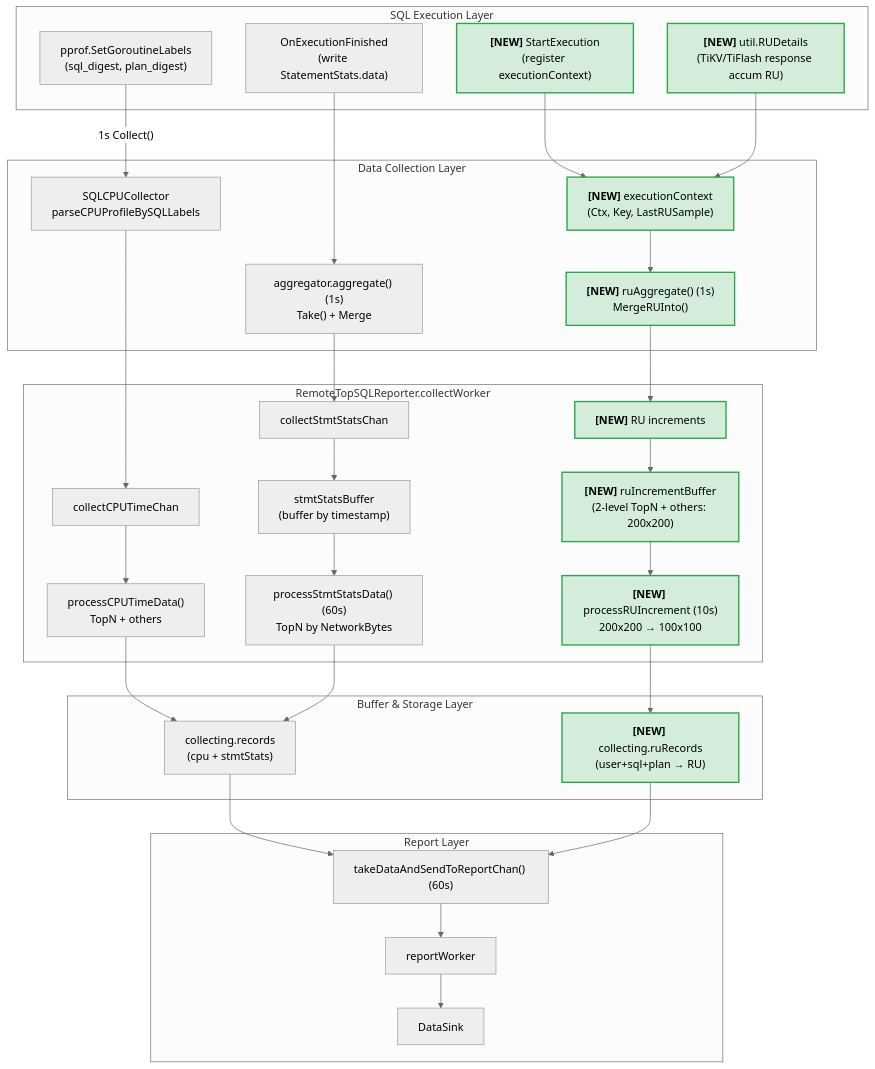
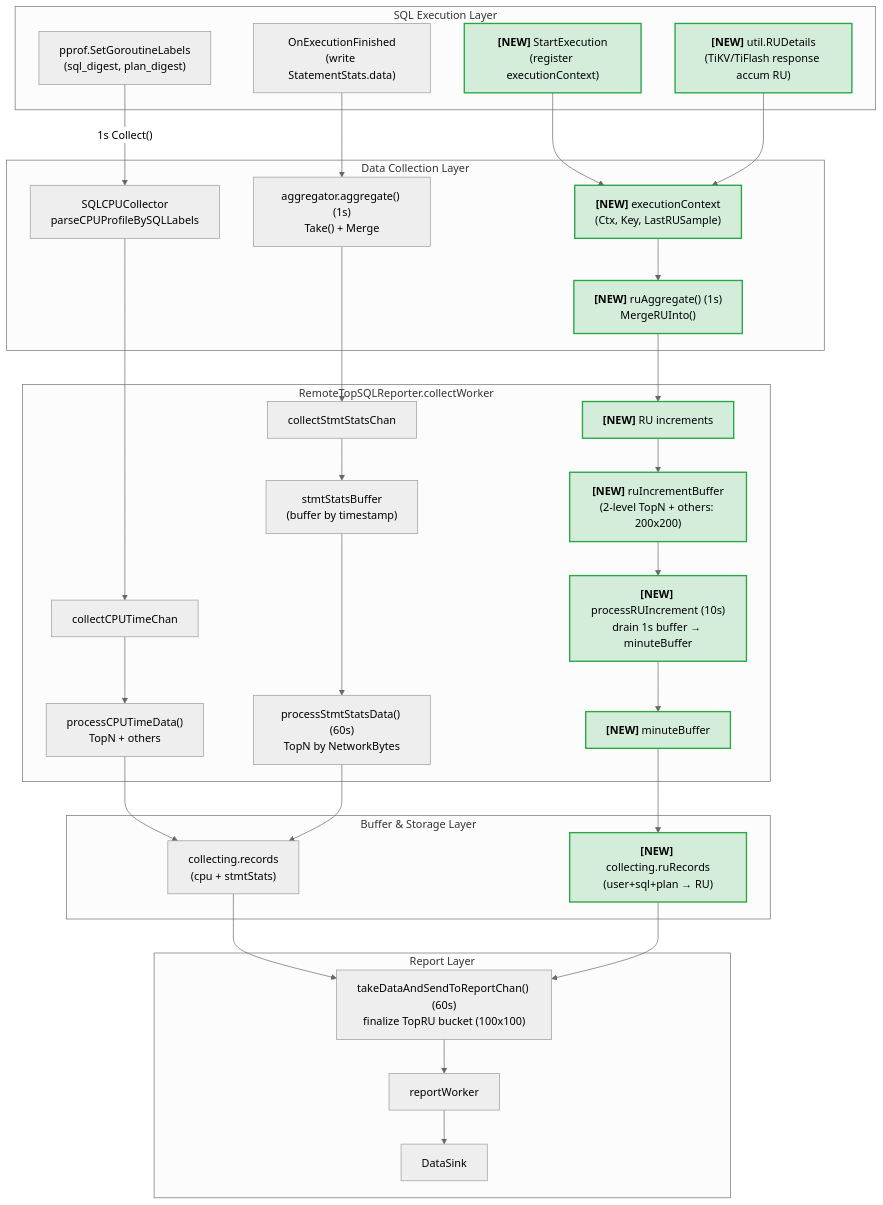
One commit to zimulala/tidb changed the diagram in docs/design/2025-01-XX-topru-design-refactored.md. Above: the diagram before and after it, drawn with Mermaid. The commit also changed other lines of this file and 1 other file, not shown here.

````diff
--- a/docs/design/2025-01-XX-topru-design-refactored.md
+++ b/docs/design/2025-01-XX-topru-design-refactored.md
@@ -144,61 +145,62 @@
 ```mermaid
 ---
 config:
   theme: neutral
 ---
 flowchart TB
     subgraph SQL_Execution["SQL Execution Layer"]
         ex1["pprof.SetGoroutineLabels<br/>(sql_digest, plan_digest)"]
         ex2["OnExecutionFinished<br/>(write StatementStats.data)"]
         startExec["<b>[NEW]</b> StartExecution<br/>(register executionContext)"]:::newRU
         ruDetails["<b>[NEW]</b> util.RUDetails<br/>(TiKV/TiFlash response accum RU)"]:::newRU
     end
 
     subgraph Data_Collection["Data Collection Layer"]
         cpu["SQLCPUCollector<br/>parseCPUProfileBySQLLabels"]
         agg["aggregator.aggregate() (1s)<br/>Take() + Merge"]
         execCtx["<b>[NEW]</b> executionContext<br/>(Ctx, Key, LastRUSample)"]:::newRU
         ruAgg["<b>[NEW]</b> ruAggregate() (1s)<br/>MergeRUInto()"]:::newRU
     end
 
     subgraph Reporter["RemoteTopSQLReporter.collectWorker"]
         cpuChan["collectCPUTimeChan"]
         stmtChan["collectStmtStatsChan"]
         ruChan["<b>[NEW]</b> RU increments"]:::newRU
         procCPU["processCPUTimeData()<br/>TopN + others"]
         stmtBuf["stmtStatsBuffer<br/>(buffer by timestamp)"]
         ruBuf["<b>[NEW]</b> ruIncrementBuffer<br/>(2-level TopN + others: 200x200)"]:::newRU
         procStmt["processStmtStatsData() (60s)<br/>TopN by NetworkBytes"]
-        procRU["<b>[NEW]</b> processRUIncrement (10s)<br/>200x200 → 100x100"]:::newRU
+        procRU["<b>[NEW]</b> processRUIncrement (10s)<br/>drain 1s buffer → minuteBuffer"]:::newRU
+        minBuf["<b>[NEW]</b> minuteBuffer<br/>"]:::newRU
     end
 
     subgraph Storage["Buffer & Storage Layer"]
         rec["collecting.records<br/>(cpu + stmtStats)"]
         ruRec["<b>[NEW]</b> collecting.ruRecords<br/>(user+sql+plan → RU)"]:::newRU
     end
 
     subgraph Report["Report Layer"]
-        send["takeDataAndSendToReportChan() (60s)"]
+        send["takeDataAndSendToReportChan() (60s)<br/>finalize TopRU bucket (100x100)"]
         worker["reportWorker"]
         sink["DataSink"]
     end
 
     %% CPU pipeline
     ex1 -- "1s Collect()" --> cpu --> cpuChan --> procCPU --> rec
 
     %% StmtStats pipeline  
     ex2 --> agg --> stmtChan --> stmtBuf --> procStmt --> rec
 
     %% [NEW] RU pipeline
     startExec --> execCtx
     ruDetails --> execCtx
-    execCtx --> ruAgg --> ruChan --> ruBuf --> procRU --> ruRec
+    execCtx --> ruAgg --> ruChan --> ruBuf --> procRU --> minBuf --> ruRec
 
     %% Report
     rec --> send
     ruRec --> send
     send --> worker --> sink
 
     %% Styles for new RU components
     classDef newRU fill:#d4edda,stroke:#28a745,stroke-width:2px
 ```
````
